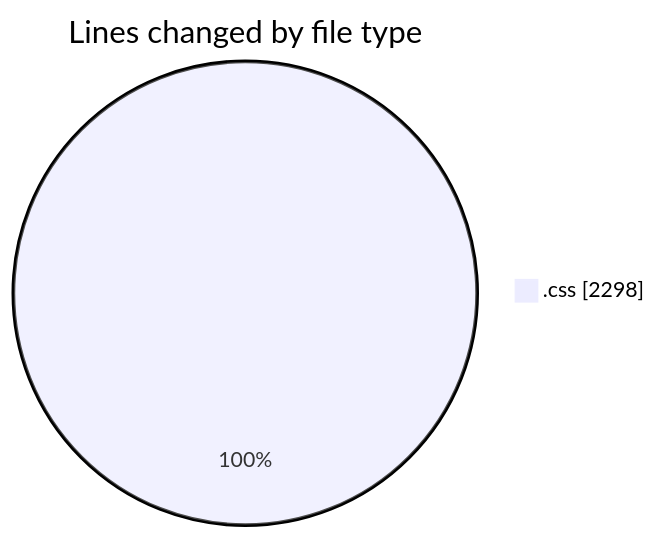
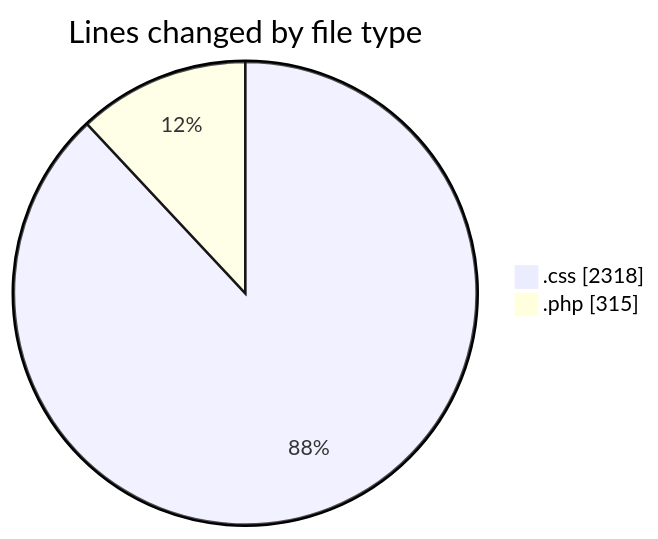
The first of 2 diagrams in 2026-11-05/wp-content/README.md (debugP/code-tracking), drawn with Mermaid before and after one commit. The commit also changed other lines of this file and 1 other file, not shown here.

````diff
--- a/2026-11-05/wp-content/README.md
+++ b/2026-11-05/wp-content/README.md
@@ -20,5 +21,6 @@
 ```mermaid
 pie showData
 title Lines changed by file type
-".css" : 2298
+".css" : 2318
+".php" : 315
 ```
````
